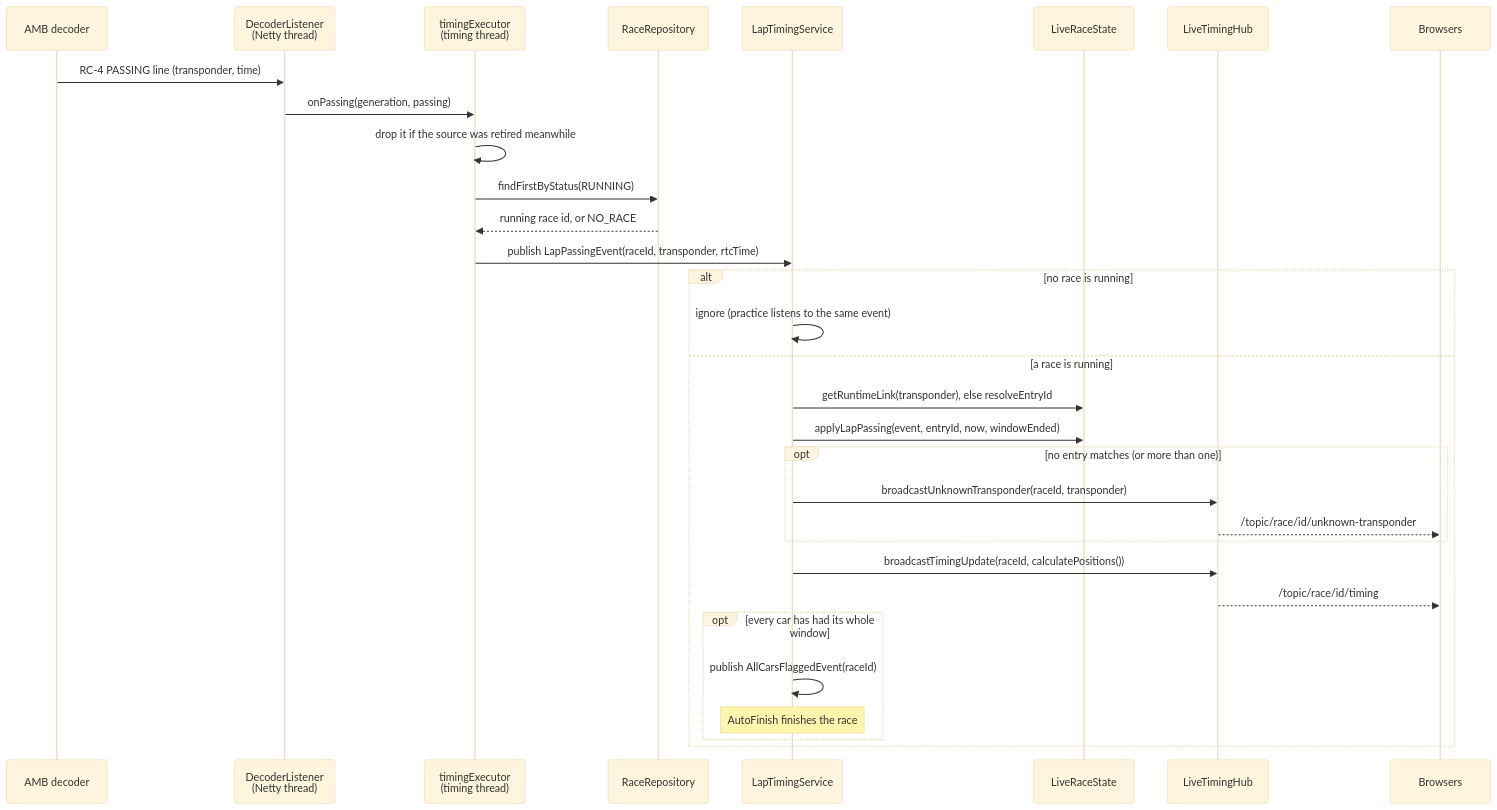
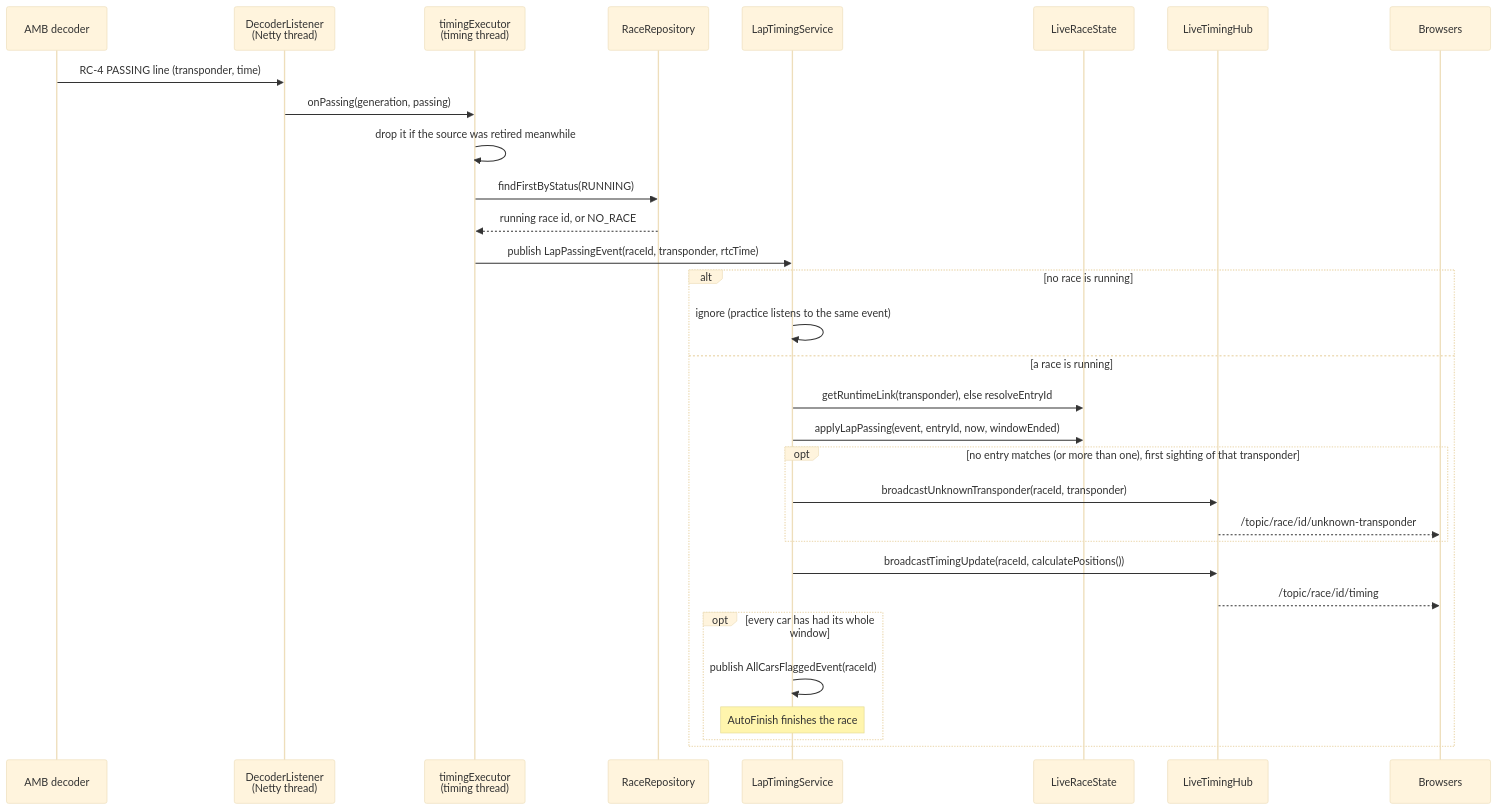
The first of 6 diagrams in docs/developer/sequences.md (RCRaceHub/RCTimingControl), drawn with Mermaid (base theme) before and after one commit. The commit also changed other lines of this file and 4 other files, not shown here.

First line of the commit message:
Fix diagram inaccuracies found in review (#347)

````diff
--- a/docs/developer/sequences.md
+++ b/docs/developer/sequences.md
@@ -16,34 +16,34 @@
 ```mermaid
 sequenceDiagram
     participant Dec as AMB decoder
     participant DL as DecoderListener<br/>(Netty thread)
     participant TE as timingExecutor<br/>(timing thread)
     participant RR as RaceRepository
     participant LTS as LapTimingService
     participant LRS as LiveRaceState
     participant Hub as LiveTimingHub
     participant B as Browsers
 
     Dec->>DL: RC-4 PASSING line (transponder, time)
     DL->>TE: onPassing(generation, passing)
     TE->>TE: drop it if the source was retired meanwhile
     TE->>RR: findFirstByStatus(RUNNING)
     RR-->>TE: running race id, or NO_RACE
     TE->>LTS: publish LapPassingEvent(raceId, transponder, rtcTime)
     alt no race is running
         LTS->>LTS: ignore (practice listens to the same event)
     else a race is running
         LTS->>LRS: getRuntimeLink(transponder), else resolveEntryId
         LTS->>LRS: applyLapPassing(event, entryId, now, windowEnded)
-        opt no entry matches (or more than one)
+        opt no entry matches (or more than one), first sighting of that transponder
             LTS->>Hub: broadcastUnknownTransponder(raceId, transponder)
             Hub-->>B: /topic/race/id/unknown-transponder
         end
         LTS->>Hub: broadcastTimingUpdate(raceId, calculatePositions())
         Hub-->>B: /topic/race/id/timing
         opt every car has had its whole window
             LTS->>LTS: publish AllCarsFlaggedEvent(raceId)
             Note over LTS: AutoFinish finishes the race
         end
     end
 ```
````
